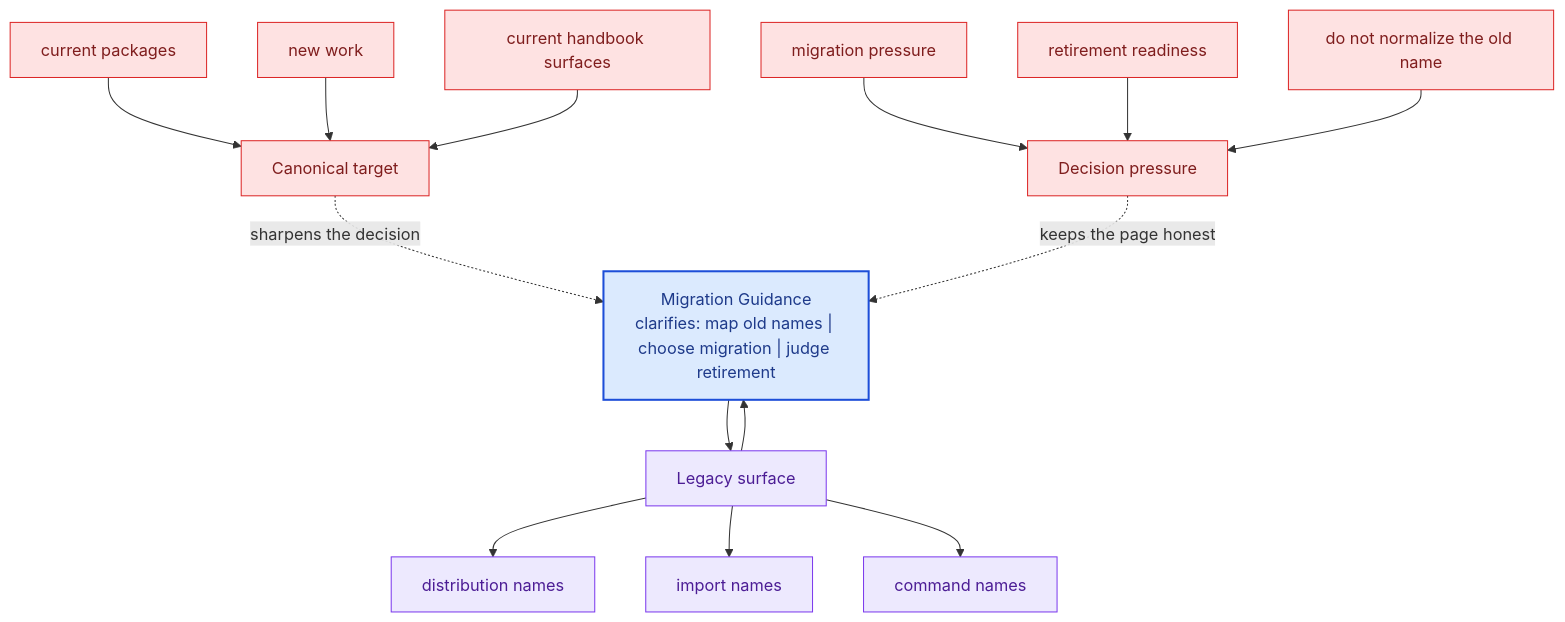
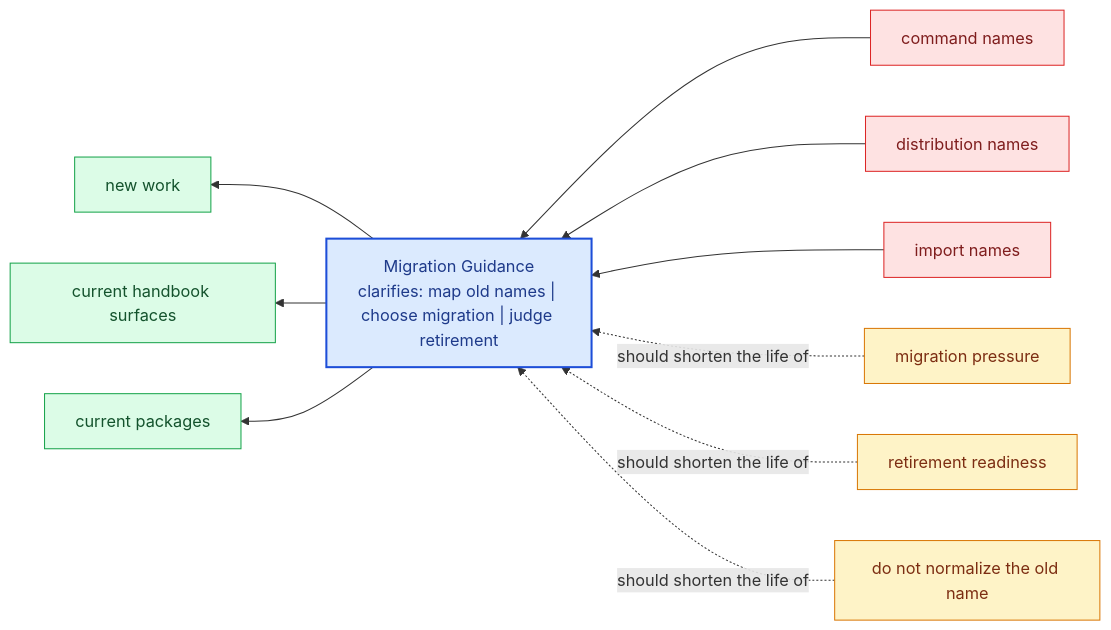
One commit to bijux/bijux-canon changed the diagram in docs/compat-packages/migration-guidance.md. Above: the diagram before and after it, drawn with Mermaid. The commit also changed other lines of this file and 281 other files, not shown here.

Commit message:
docs(diagrams): replace repeated mermaid scaffolds with page-specific summaries

````diff
--- a/docs/compat-packages/migration-guidance.md
+++ b/docs/compat-packages/migration-guidance.md
@@ -68,40 +23,31 @@
 ```mermaid
-flowchart TB
-    promise["Migration Guidance<br/>clarifies: map old names | choose migration | judge retirement"]
-    classDef promise fill:#dbeafe,stroke:#1d4ed8,color:#1e3a8a,stroke-width:2px;
-    classDef driver fill:#dcfce7,stroke:#16a34a,color:#14532d;
-    classDef constraint fill:#fee2e2,stroke:#dc2626,color:#7f1d1d;
-    classDef ground fill:#ede9fe,stroke:#7c3aed,color:#4c1d95;
-    focus1["Legacy surface"]
-    focus1 --> promise
-    promise --> focus1
-    focus1_1["distribution names"]
-    focus1 --> focus1_1
-    focus1_2["import names"]
-    focus1 --> focus1_2
-    focus1_3["command names"]
-    focus1 --> focus1_3
-    class focus1 ground;
-    class focus1_1,focus1_2,focus1_3 ground;
-    focus2["Canonical target"]
-    focus2 -.sharpens the decision.-> promise
-    focus2_1["current packages"]
-    focus2_1 --> focus2
-    focus2_2["new work"]
-    focus2_2 --> focus2
-    focus2_3["current handbook surfaces"]
-    focus2_3 --> focus2
-    class focus2 constraint;
-    class focus2_1,focus2_2,focus2_3 constraint;
-    focus3["Decision pressure"]
-    focus3 -.keeps the page honest.-> promise
-    focus3_1["migration pressure"]
-    focus3_1 --> focus3
-    focus3_2["retirement readiness"]
-    focus3_2 --> focus3
-    focus3_3["do not normalize the old name"]
-    focus3_3 --> focus3
-    class focus3 constraint;
-    class focus3_1,focus3_2,focus3_3 constraint;
-    class promise promise;
+flowchart RL
+    page["Migration Guidance<br/>clarifies: map old names | choose migration | judge retirement"]
+    classDef page fill:#dbeafe,stroke:#1d4ed8,color:#1e3a8a,stroke-width:2px;
+    classDef positive fill:#dcfce7,stroke:#16a34a,color:#14532d;
+    classDef caution fill:#fee2e2,stroke:#dc2626,color:#7f1d1d;
+    classDef anchor fill:#ede9fe,stroke:#7c3aed,color:#4c1d95;
+    classDef action fill:#fef3c7,stroke:#d97706,color:#7c2d12;
+    legacy1["command names"]
+    legacy1 --> page
+    legacy2["distribution names"]
+    legacy2 --> page
+    legacy3["import names"]
+    legacy3 --> page
+    canon1["new work"]
+    page --> canon1
+    canon2["current handbook surfaces"]
+    page --> canon2
+    canon3["current packages"]
+    page --> canon3
+    pressure1["migration pressure"]
+    pressure1 -.should shorten the life of.-> page
+    pressure2["retirement readiness"]
+    pressure2 -.should shorten the life of.-> page
+    pressure3["do not normalize the old name"]
+    pressure3 -.should shorten the life of.-> page
+    class page page;
+    class legacy1,legacy2,legacy3 caution;
+    class canon1,canon2,canon3 positive;
+    class pressure1,pressure2,pressure3 action;
 ```
````
